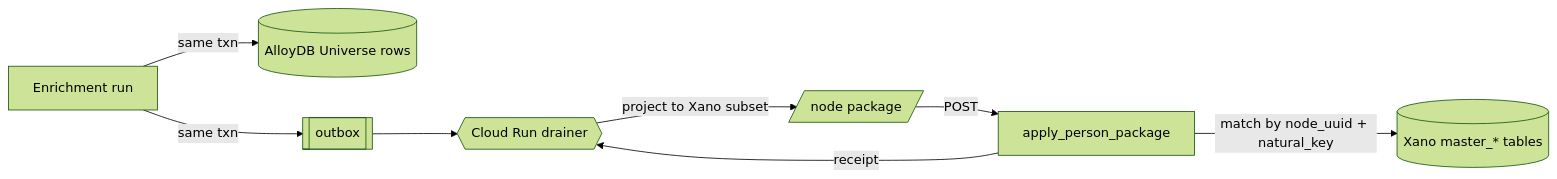
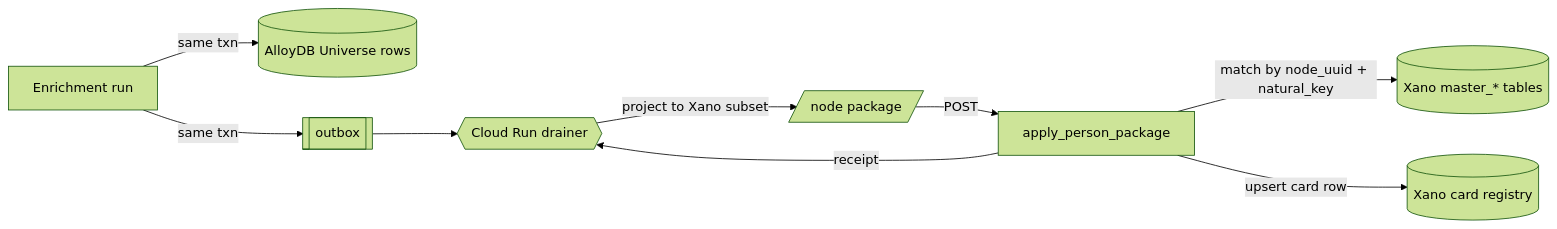
Before and after one commit to M-Pederson/docs: the diagram in guides/open-work/backend-refactor-tables.mdx, drawn with Mermaid (forest theme). The commit also changed other lines of this file, not shown here.

````diff
--- a/guides/open-work/backend-refactor-tables.mdx
+++ b/guides/open-work/backend-refactor-tables.mdx
@@ -148,10 +199,11 @@
 ```mermaid
 flowchart LR
   A[Enrichment run] -->|same txn| B[(AlloyDB Universe rows)]
   A -->|same txn| O[[outbox]]
   O --> D{{Cloud Run drainer}}
   D -->|project to Xano subset| P[/node package/]
   P -->|POST| E[apply_person_package]
   E -->|match by node_uuid + natural_key| X[(Xano master_* tables)]
+  E -->|upsert card row| R[(Xano card registry)]
   E -->|receipt| D
 ```
````
